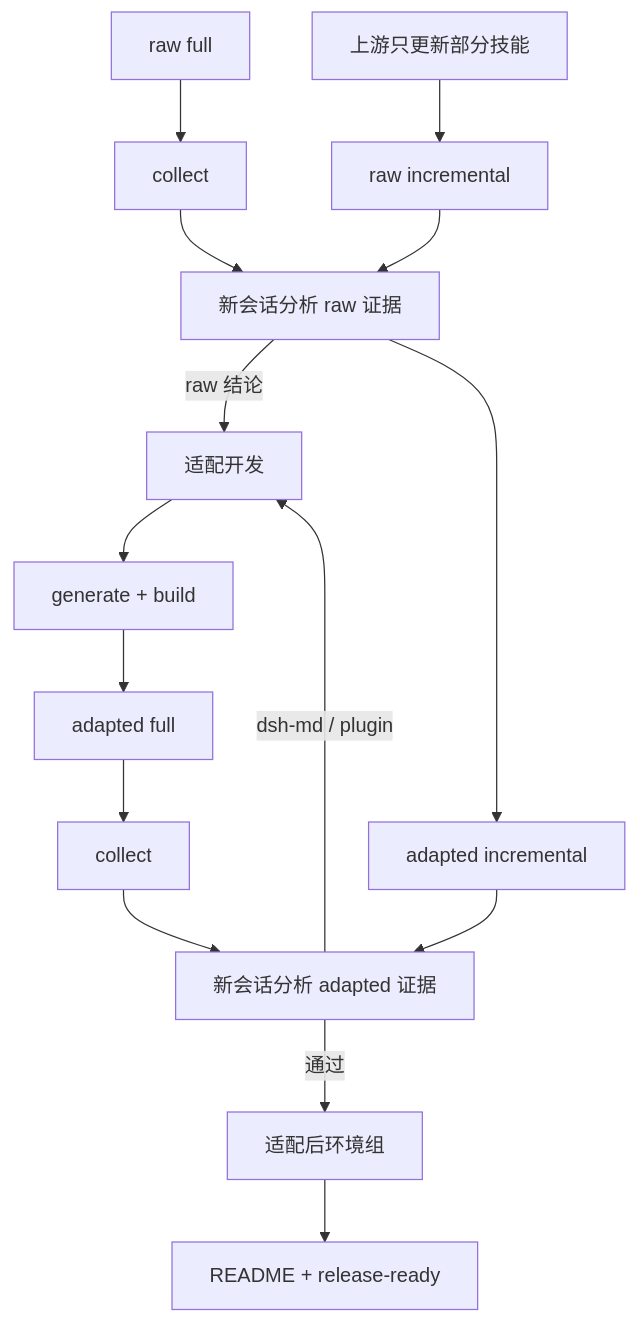
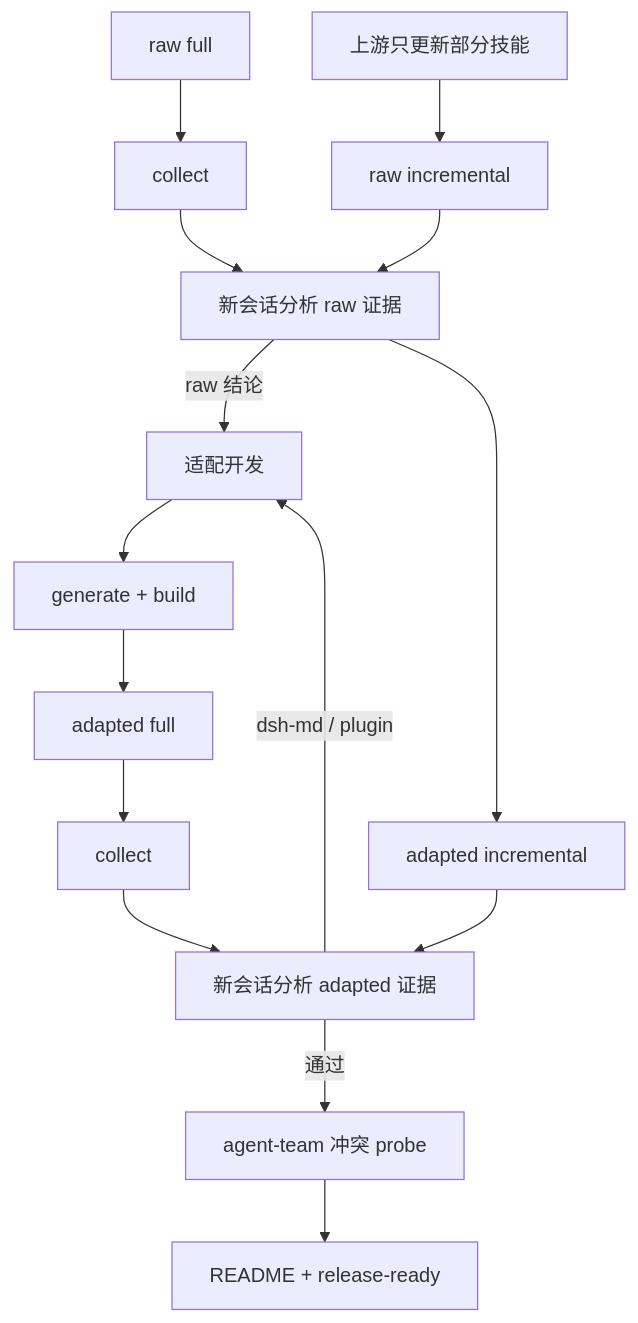
Before and after one commit to MaxonT/dsh-pstack: the diagram in playground/docs/verification-loop.md, drawn with Mermaid. The commit also changed other lines of this file and 11 other files, not shown here.

Commit message:
refactor(playground): keep base and agent-team environment model

````diff
--- a/playground/docs/verification-loop.md
+++ b/playground/docs/verification-loop.md
@@ -24,17 +24,17 @@
 ```mermaid
 flowchart TD
   rawFull[raw full] --> collectRaw[collect]
   collectRaw --> analyzeRaw[新会话分析 raw 证据]
   analyzeRaw -->|raw 结论| portChange[适配开发]
   portChange --> build[generate + build]
   build --> adaptedFull[adapted full]
   adaptedFull --> collectAdapted[collect]
   collectAdapted --> analyzeAdapted[新会话分析 adapted 证据]
   analyzeAdapted -->|dsh-md / plugin| portChange
-  analyzeAdapted -->|通过| envGroup[适配后环境组]
+  analyzeAdapted -->|通过| envGroup[agent-team 冲突 probe]
   envGroup --> release[README + release-ready]
   upstream[上游只更新部分技能] --> rawDelta[raw incremental]
   rawDelta --> analyzeRaw
   analyzeRaw --> adaptedDelta[adapted incremental]
   adaptedDelta --> analyzeAdapted
 ```
````
